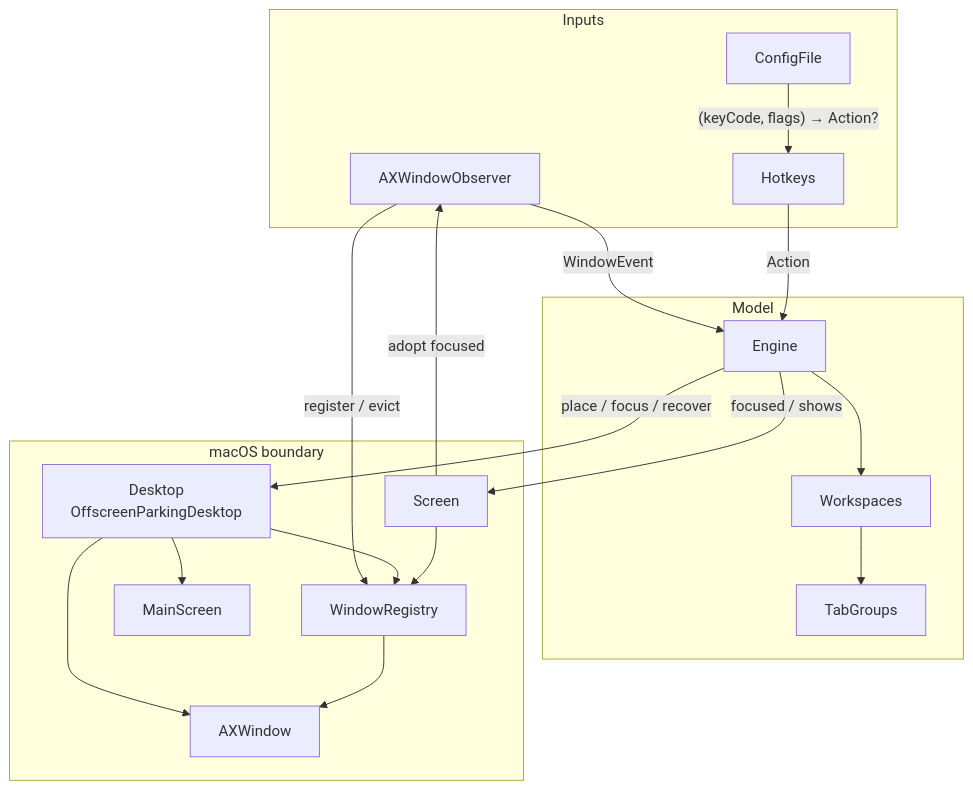
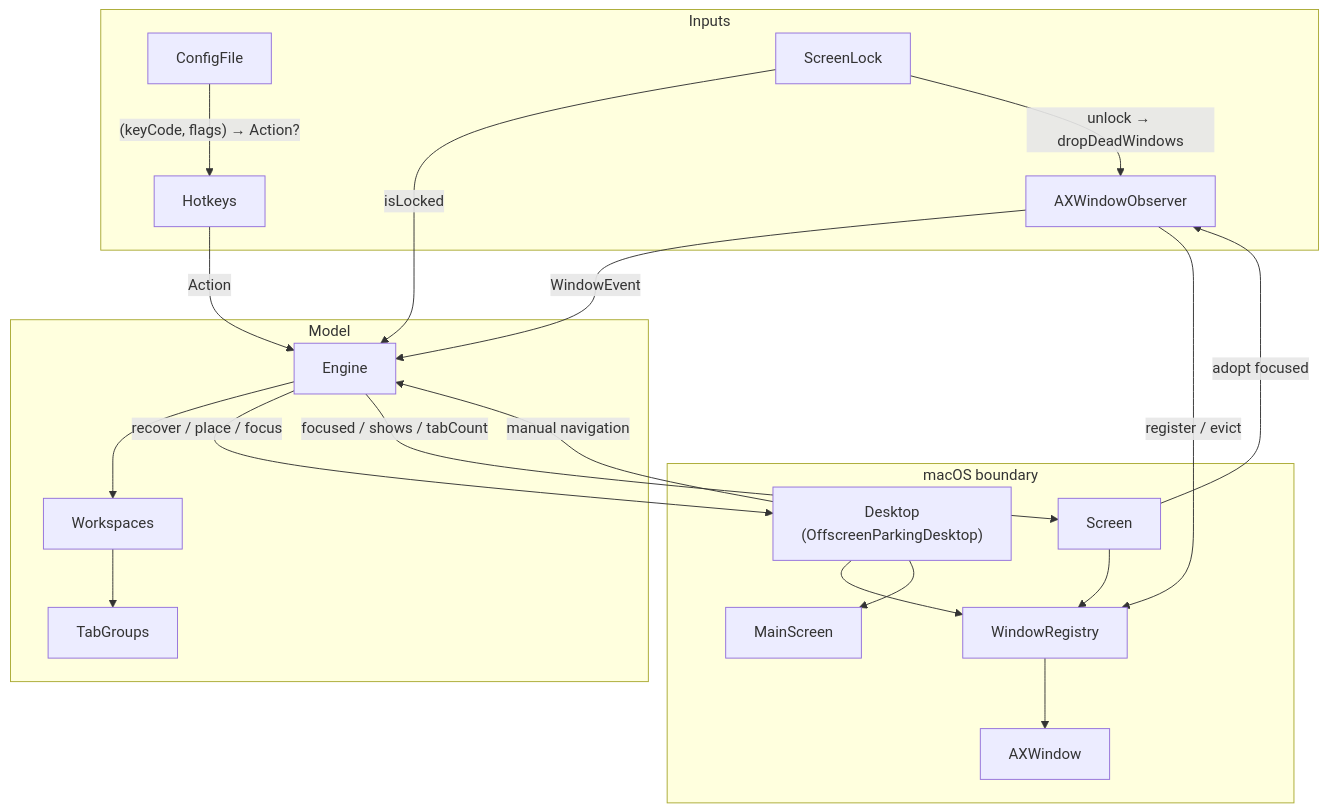
One commit to brennovich/ottowm changed the first of 4 diagrams in ARCHITECTURE.md. Above: the diagram before and after it, drawn with Mermaid. The commit also changed other lines of this file, not shown here.

Commit message:
Revise ARCHITECTURE.md

````diff
--- a/ARCHITECTURE.md
+++ b/ARCHITECTURE.md
@@ -7,37 +23,40 @@
 ```mermaid
 flowchart TB
     subgraph inputs[Inputs]
         AXWindowObserver
         Hotkeys
         ConfigFile
+        ScreenLock
     end
 
-    subgraph core[Model]
+    subgraph model[Model]
         Engine
         Workspaces
         TabGroups
     end
 
     subgraph os[macOS boundary]
-        Desktop[Desktop<br/>OffscreenParkingDesktop]
+        Desktop["Desktop<br/>(OffscreenParkingDesktop)"]
         Screen
         WindowRegistry
         AXWindow
         MainScreen
     end
 
     AXWindowObserver -->|WindowEvent| Engine
     ConfigFile -->|"(keyCode, flags) → Action?"| Hotkeys
     Hotkeys -->|Action| Engine
+    ScreenLock -->|isLocked| Engine
+    ScreenLock -->|unlock → dropDeadWindows| AXWindowObserver
     Engine --> Workspaces
     Workspaces --> TabGroups
-    Engine -->|place / focus / recover| Desktop
-    Engine -->|focused / shows| Screen
+    Engine -->|recover / place / focus| Desktop
+    Engine -->|focused / shows / tabCount| Screen
+    Desktop -->|manual navigation| Engine
     AXWindowObserver -->|register / evict| WindowRegistry
     Desktop --> WindowRegistry
-    Desktop --> AXWindow
     Desktop --> MainScreen
     Screen --> WindowRegistry
     Screen -->|adopt focused| AXWindowObserver
     WindowRegistry --> AXWindow
 ```
````
